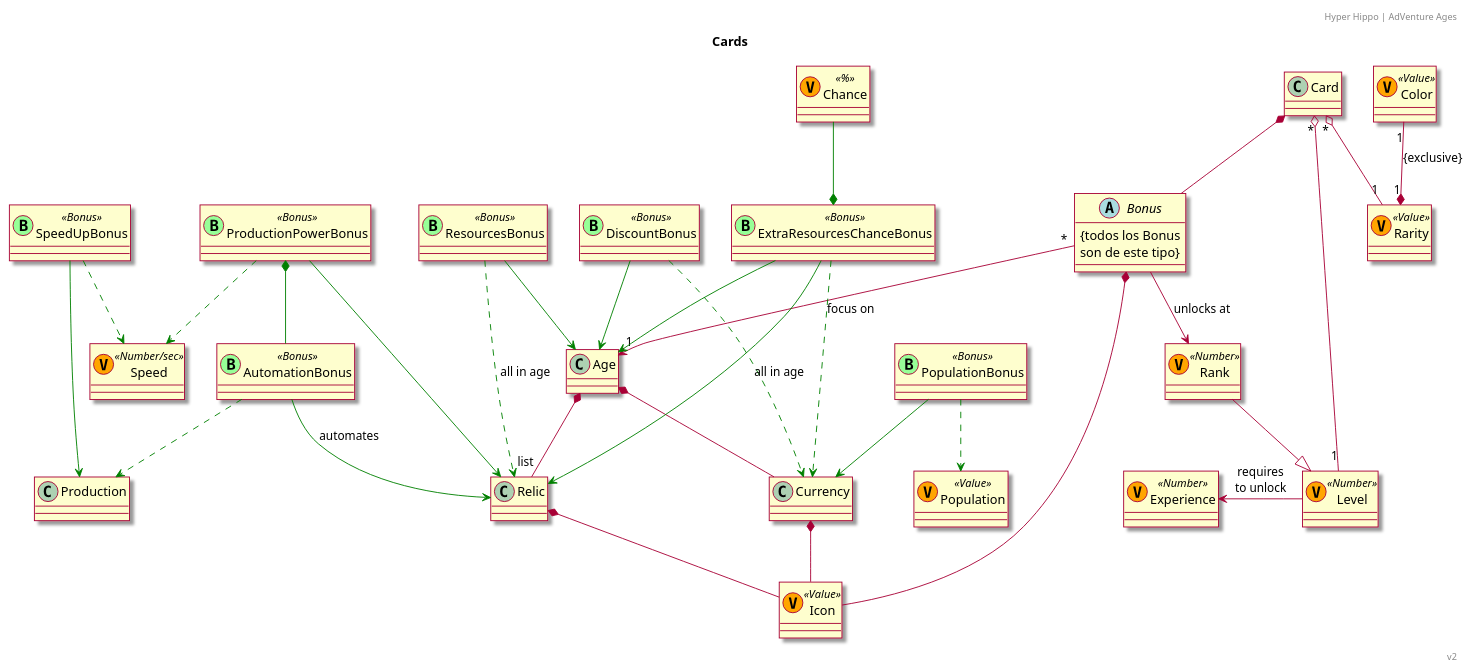
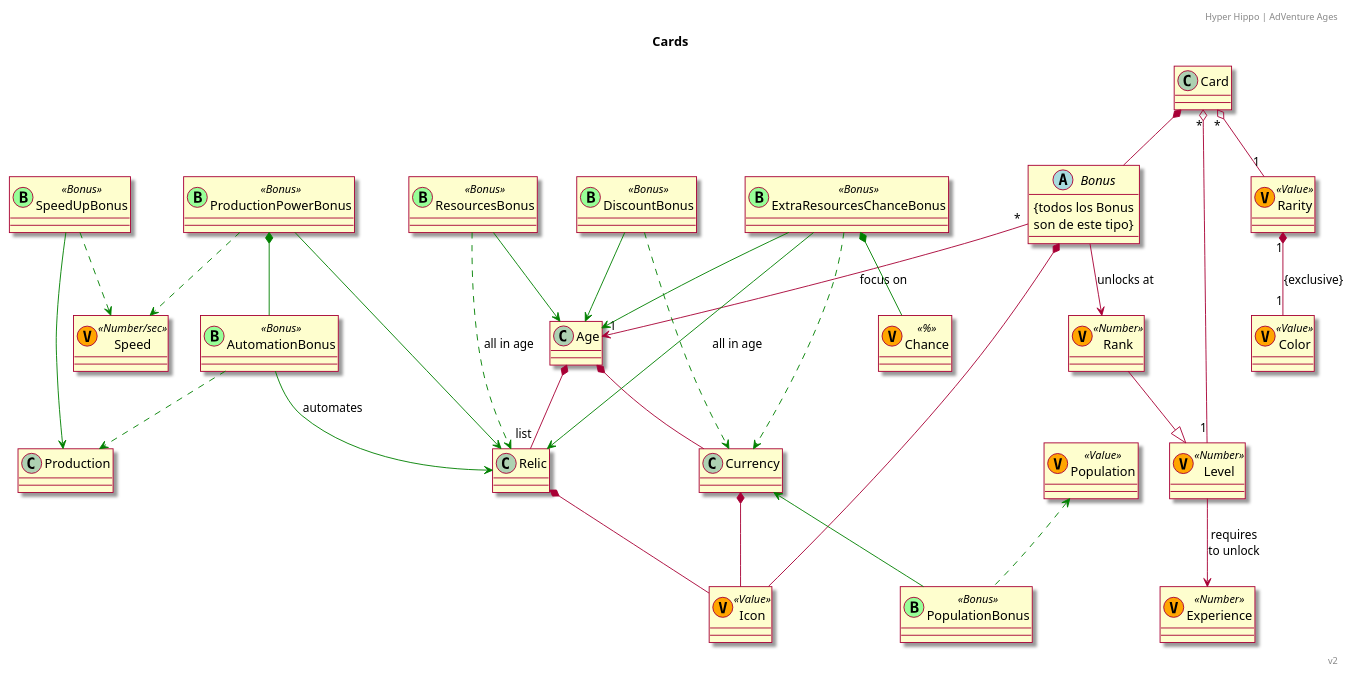
One commit to RicardoGuzmanVelasco/DomainModelling changed the diagram in Mobile Games/Adventure Ages/Classes.puml. Above: the diagram before and after it, drawn with PlantUML. The commit also changed 1 other file, not shown here.

```diff
--- a/Mobile Games/Adventure Ages/Classes.puml
+++ b/Mobile Games/Adventure Ages/Classes.puml
@@ -60,14 +60,14 @@
 Currency *-- Name
 Currency *-- Icon
 
-Level -u> Experience : requires\nto unlock
+Level --> Experience : requires\nto unlock
 
 Age *-- Currency
 
 Hero -u-|> Card
 Hero --> Age : is from
 Card "*" o-- "1" Rarity
-Rarity "1" *-u- "1" Color : {exclusive}
+Rarity "1" *-- "1" Color : {exclusive}
 Card "*" o-- "1" Level
 Card *-- Bonus
 
@@ -125,13 +125,13 @@
 DiscountBonus --> Age #green 
 DiscountBonus ..> Currency #green 
 
-PopulationBonus ..> Population #green 
-PopulationBonus --> Currency #green 
+PopulationBonus .u.> Population #green 
+PopulationBonus -u-> Currency #green 
 
 ExtraResourcesChanceBonus --> Age #green 
 ExtraResourcesChanceBonus --> Relic #green : all in age
 ExtraResourcesChanceBonus ..> Currency #green 
-ExtraResourcesChanceBonus *-u- Chance  #green 
+ExtraResourcesChanceBonus *-- Chance  #green 
 
 ProductionPowerBonus --> Relic #green 
 ProductionPowerBonus ..> Speed #green 
```
